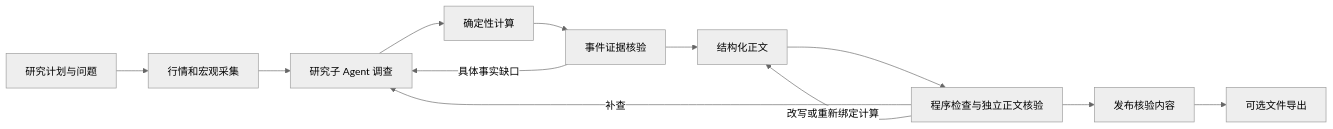
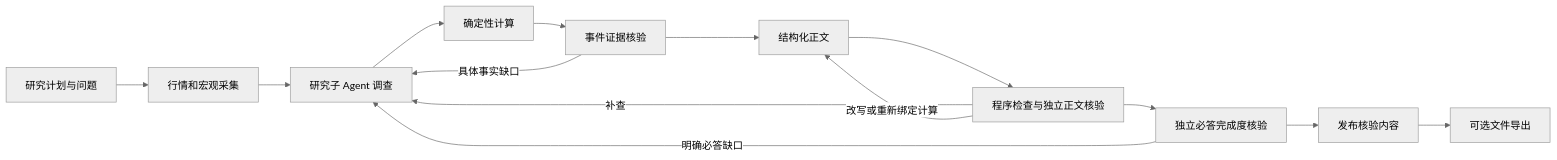
Before and after one commit to coetzeexu/evidence-research-agent: the diagram in docs/design.md, drawn with Mermaid (neutral theme). The commit also changed other lines of this file and 131 other files, not shown here.

````diff
--- a/docs/design.md
+++ b/docs/design.md
@@ -13,14 +13,16 @@
 ```mermaid
 flowchart LR
   P[研究计划与问题] --> D[行情和宏观采集]
   D --> R[研究子 Agent 调查]
   R --> A[确定性计算]
   A --> V[事件证据核验]
   V --> S[结构化正文]
   S --> N[程序检查与独立正文核验]
-  N --> O[发布核验内容]
+  N --> Q[独立必答完成度核验]
+  Q --> O[发布核验内容]
   V -->|具体事实缺口| R
   N -->|补查| R
   N -->|改写或重新绑定计算| S
+  Q -->|明确必答缺口| R
   O --> F[可选文件导出]
 ```
````
